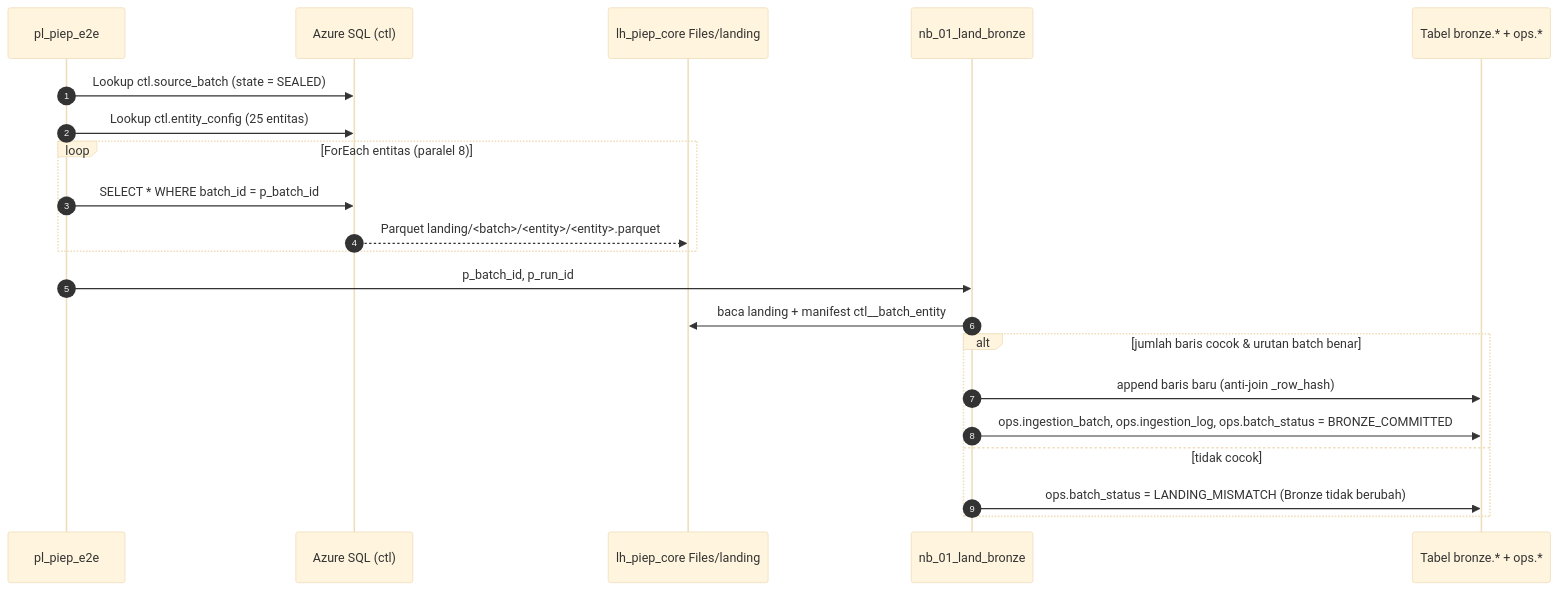
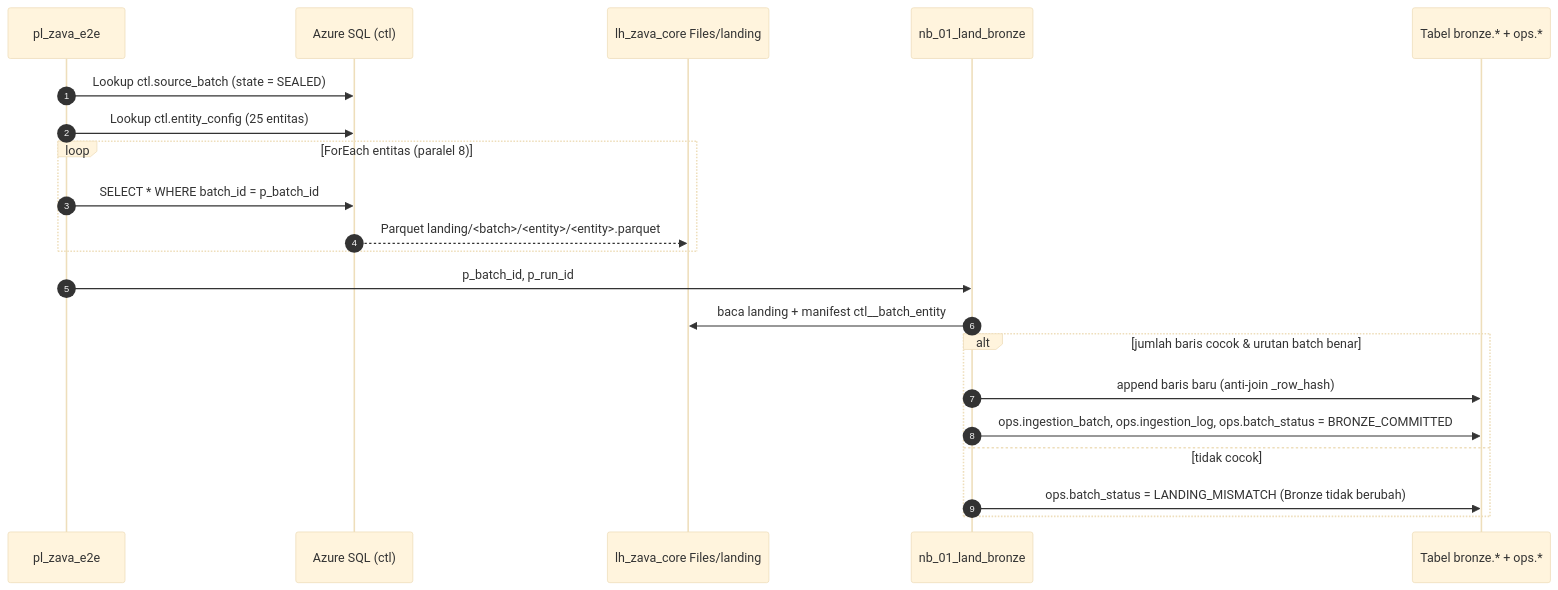
One commit to edhotp/Microsoft-Fabric-with-PPDM-Demo changed the diagram in demo tutorial/tutorial/04-copy-ingestion-bronze.md. Above: the diagram before and after it, drawn with Mermaid (base theme). The commit also changed other lines of this file and 67 other files, not shown here.

First line of the commit message:
Rebrand demo from PIEP to Zava Energy

````diff
--- a/demo tutorial/tutorial/04-copy-ingestion-bronze.md
+++ b/demo tutorial/tutorial/04-copy-ingestion-bronze.md
@@ -19,23 +19,23 @@
 ```mermaid
 sequenceDiagram
     autonumber
-    participant P as pl_piep_e2e
+    participant P as pl_zava_e2e
     participant SQL as Azure SQL (ctl)
-    participant F as lh_piep_core Files/landing
+    participant F as lh_zava_core Files/landing
     participant N as nb_01_land_bronze
     participant B as Tabel bronze.* + ops.*
     P->>SQL: Lookup ctl.source_batch (state = SEALED)
     P->>SQL: Lookup ctl.entity_config (25 entitas)
     loop ForEach entitas (paralel 8)
         P->>SQL: SELECT * WHERE batch_id = p_batch_id
         SQL-->>F: Parquet landing/<batch>/<entity>/<entity>.parquet
     end
     P->>N: p_batch_id, p_run_id
     N->>F: baca landing + manifest ctl__batch_entity
     alt jumlah baris cocok & urutan batch benar
         N->>B: append baris baru (anti-join _row_hash)
         N->>B: ops.ingestion_batch, ops.ingestion_log, ops.batch_status = BRONZE_COMMITTED
     else tidak cocok
         N->>B: ops.batch_status = LANDING_MISMATCH (Bronze tidak berubah)
     end
 ```
````
